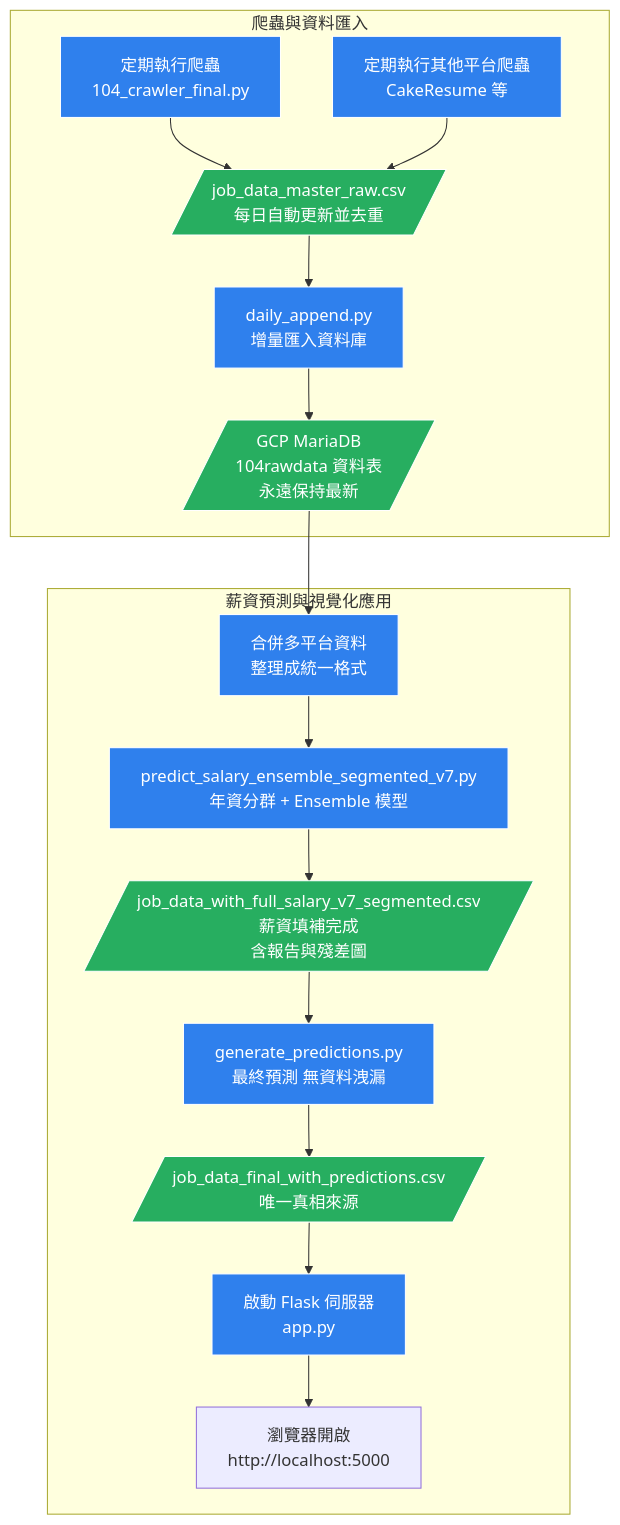
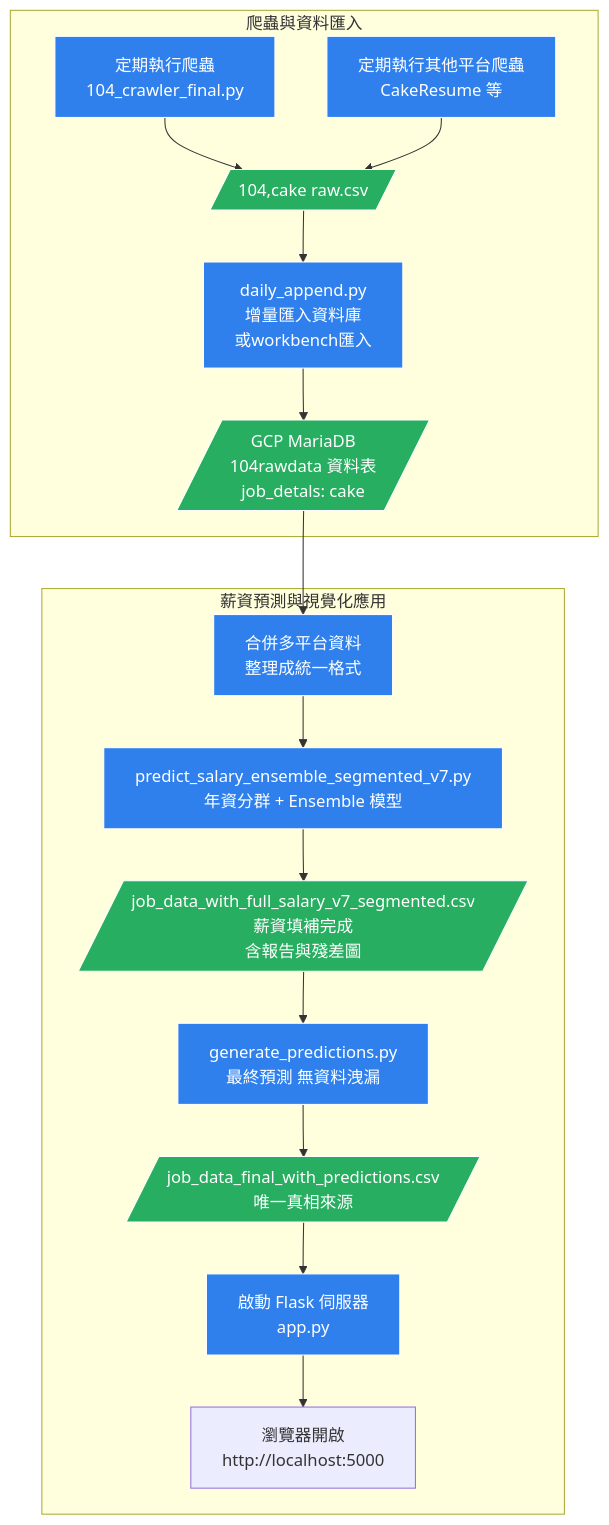
One commit to DataSideProject/WLS changed the diagram in 104_jobdata_crawler_final/README.md. Above: the diagram before and after it, drawn with Mermaid.

````diff
--- a/104_jobdata_crawler_final/README.md
+++ b/104_jobdata_crawler_final/README.md
@@ -16,28 +16,28 @@
 ```mermaid
 flowchart TD
     subgraph 爬蟲與資料匯入
         A[定期執行爬蟲<br>104_crawler_final.py]
         AA[定期執行其他平台爬蟲<br>CakeResume 等]
-        A --> B[/job_data_master_raw.csv<br>每日自動更新並去重/]
+        A --> B[/104,cake raw.csv/]
         AA --> B
-        B --> C[daily_append.py<br>增量匯入資料庫]
-        C --> D[/GCP MariaDB<br>104rawdata 資料表<br>永遠保持最新/]
+        B --> C[daily_append.py<br>增量匯入資料庫<br>或workbench匯入]
+        C --> D[/GCP MariaDB<br>104rawdata 資料表<br>job_detals: cake/]
     end
 
     subgraph 薪資預測與視覺化應用
         AB[合併多平台資料<br>整理成統一格式]
         D --> AB
         AB --> E[predict_salary_ensemble_segmented_v7.py<br>年資分群 + Ensemble 模型]
         E --> F[/job_data_with_full_salary_v7_segmented.csv<br>薪資填補完成<br>含報告與殘差圖/]
         F --> G[generate_predictions.py<br>最終預測 無資料洩漏]
         G --> H[/job_data_final_with_predictions.csv<br>唯一真相來源/]
         H --> I[啟動 Flask 伺服器<br>app.py]
         I --> J[瀏覽器開啟<br>http://localhost:5000]
     end
 
     classDef process fill:#2F80ED,stroke:#fff,color:#fff
     classDef file fill:#27AE60,stroke:#fff,color:#fff
 
     class A,AA,AB,C,E,G,I process
     class B,D,F,H file
 ```
````
